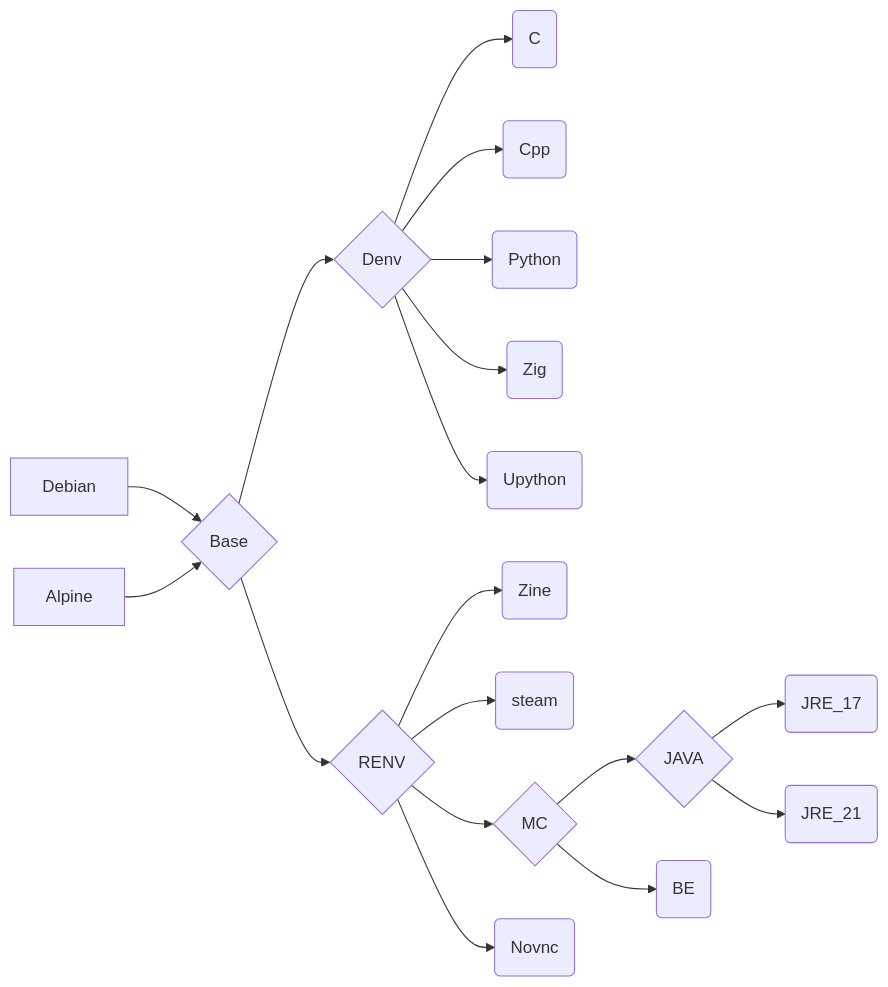
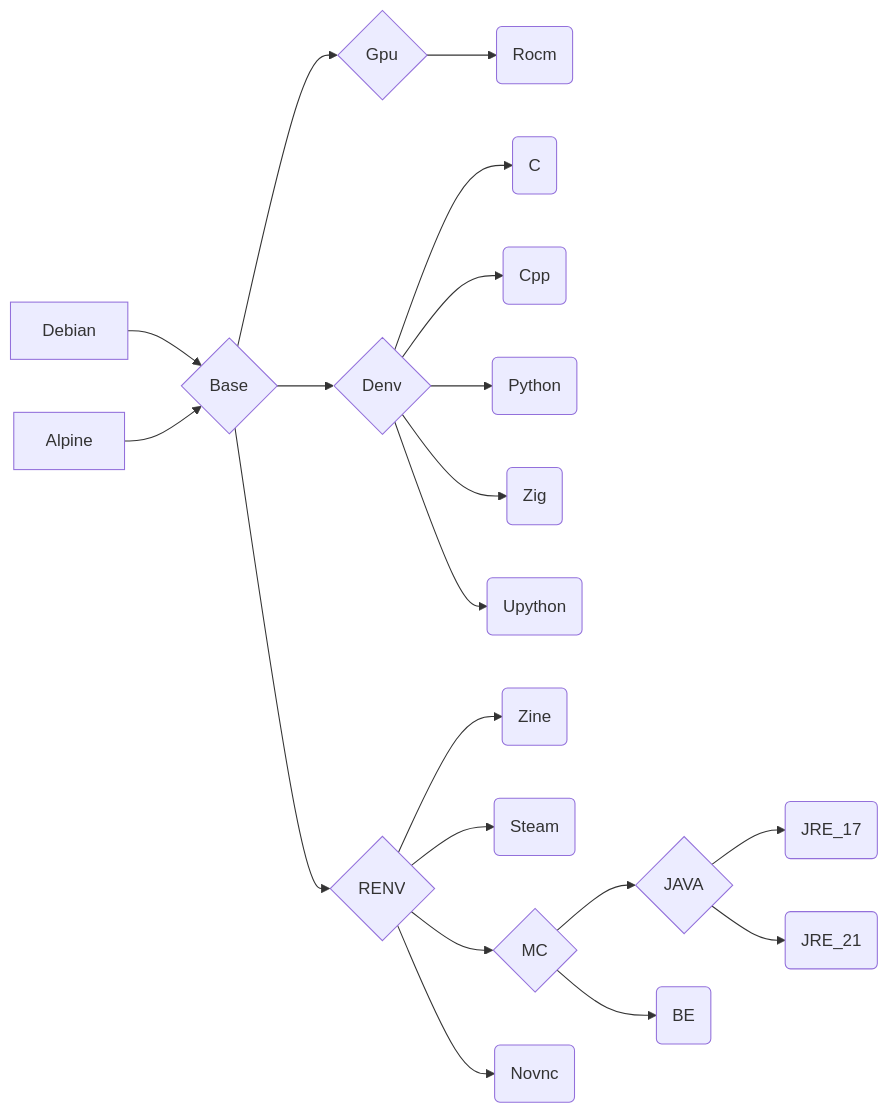
The diagram in README.md (eoeair/cenv), drawn with Mermaid before and after one commit. The commit also changed other lines of this file and 5 other files, not shown here.

````diff
--- a/README.md
+++ b/README.md
@@ -29,22 +46,24 @@
 ```mermaid
 graph LR
 Debian-->B{Base}
 Alpine-->B
+
+B-->G{Gpu}-->GA(Rocm)
 
 B-->D{Denv}
 D-->DA(C)
 D-->DB(Cpp)
 D-->DC(Python)
 D-->DD(Zig)
 D-->DE(Upython)
 
 B-->R{RENV}
 R-->RA(Zine)
-R-->RB(steam)
+R-->RB(Steam)
 R-->RC{MC}
 RC-->RCA{JAVA}
 RC-->RCB(BE)
 RCA-->RCAA(JRE_17)
 RCA-->RCAB(JRE_21)
 R-->RD(Novnc)
 ```
````
